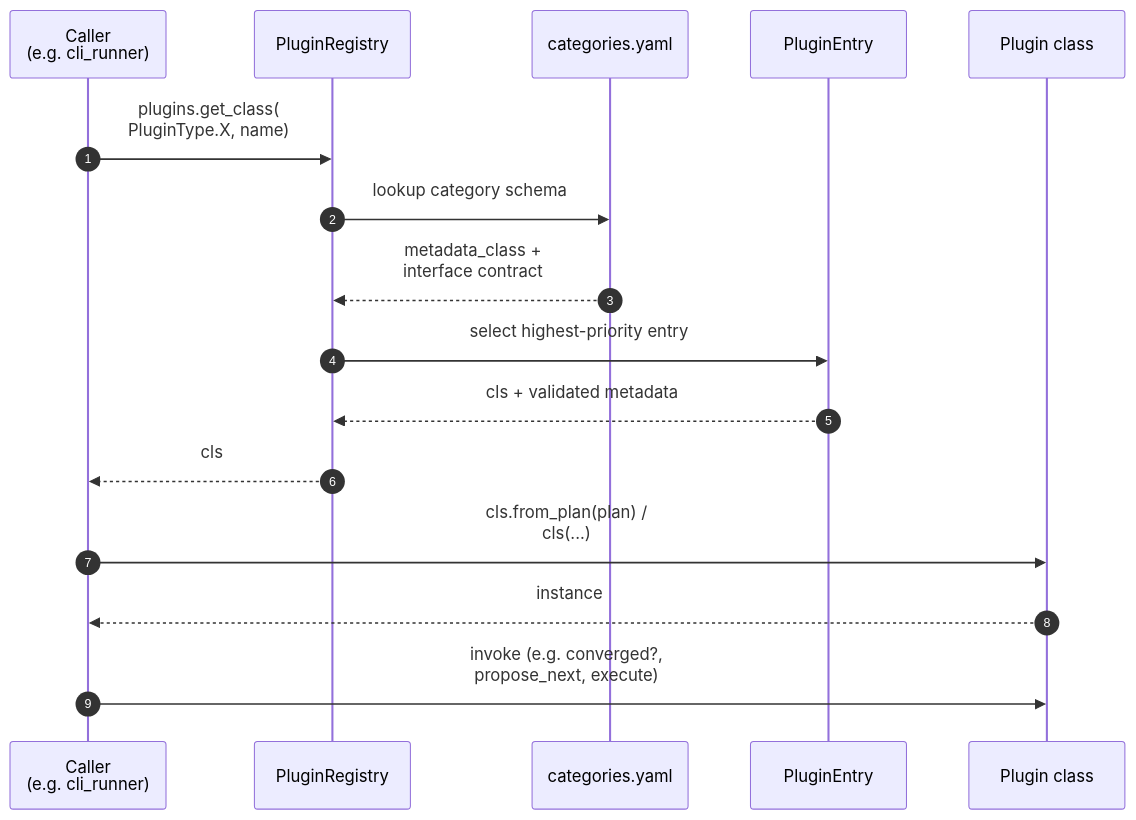
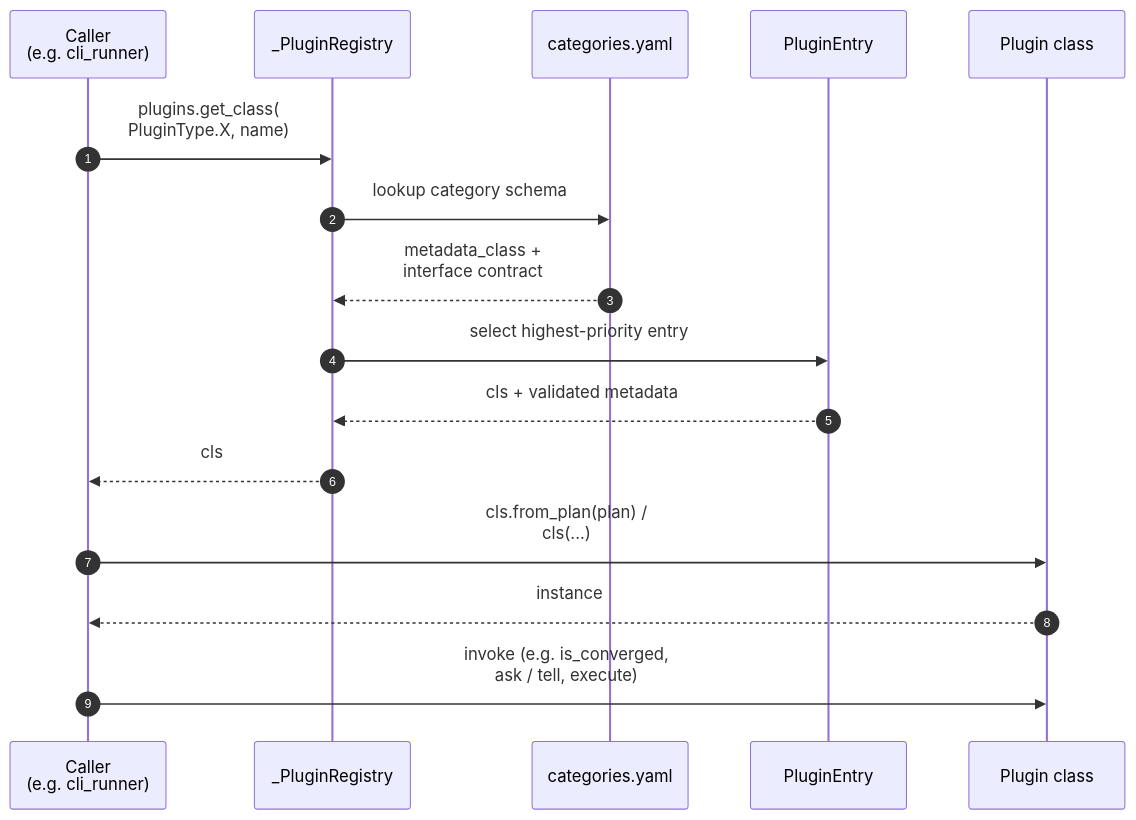
Before and after one commit to ai-dynamo/aiperf: diagram 18 of 24 in docs/dev/sweep-orchestrator-flow.md, drawn with Mermaid. The commit also changed other lines of this file and 1 other file, not shown here.

First line of the commit message:
docs(sweep): regenerate ABC diagrams and correct planner/config/plugin facts

````diff
--- a/docs/dev/sweep-orchestrator-flow.md
+++ b/docs/dev/sweep-orchestrator-flow.md
@@ -961,20 +990,20 @@
 ```mermaid
 %%{init: {'sequence': {'actorMargin': 60, 'boxMargin': 18, 'noteMargin': 12, 'messageMargin': 40}, 'themeVariables': {'fontSize': '16px'}}}%%
 sequenceDiagram
     autonumber
     participant Caller as Caller<br/>(e.g. cli_runner)
-    participant Reg as PluginRegistry
+    participant Reg as _PluginRegistry
     participant Cat as categories.yaml
     participant Ent as PluginEntry
     participant Cls as Plugin class
 
     Caller->>Reg: plugins.get_class(<br/>PluginType.X, name)
     Reg->>Cat: lookup category schema
     Cat-->>Reg: metadata_class +<br/>interface contract
     Reg->>Ent: select highest-priority entry
     Ent-->>Reg: cls + validated metadata
     Reg-->>Caller: cls
     Caller->>Cls: cls.from_plan(plan) /<br/>cls(...)
     Cls-->>Caller: instance
-    Caller->>Cls: invoke (e.g. converged?,<br/>propose_next, execute)
+    Caller->>Cls: invoke (e.g. is_converged,<br/>ask / tell, execute)
 ```
````
